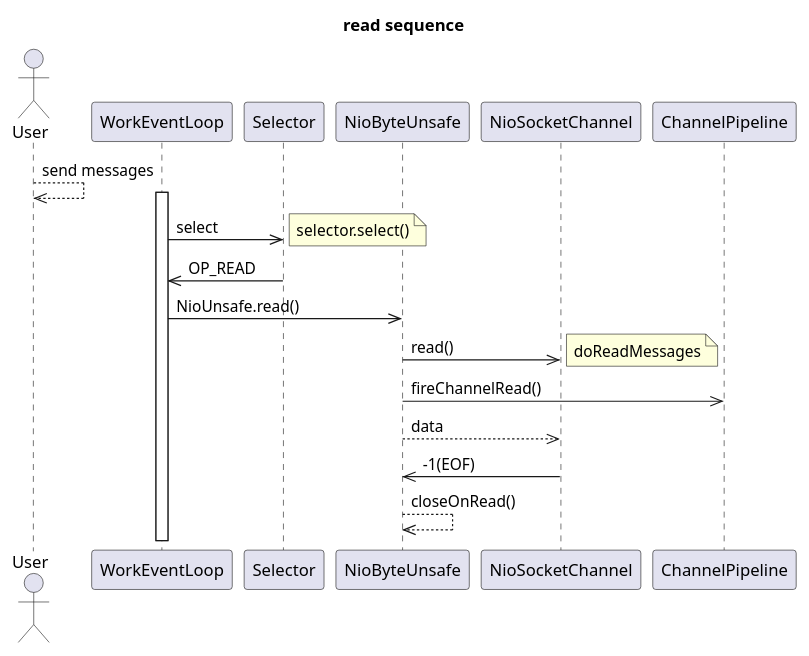
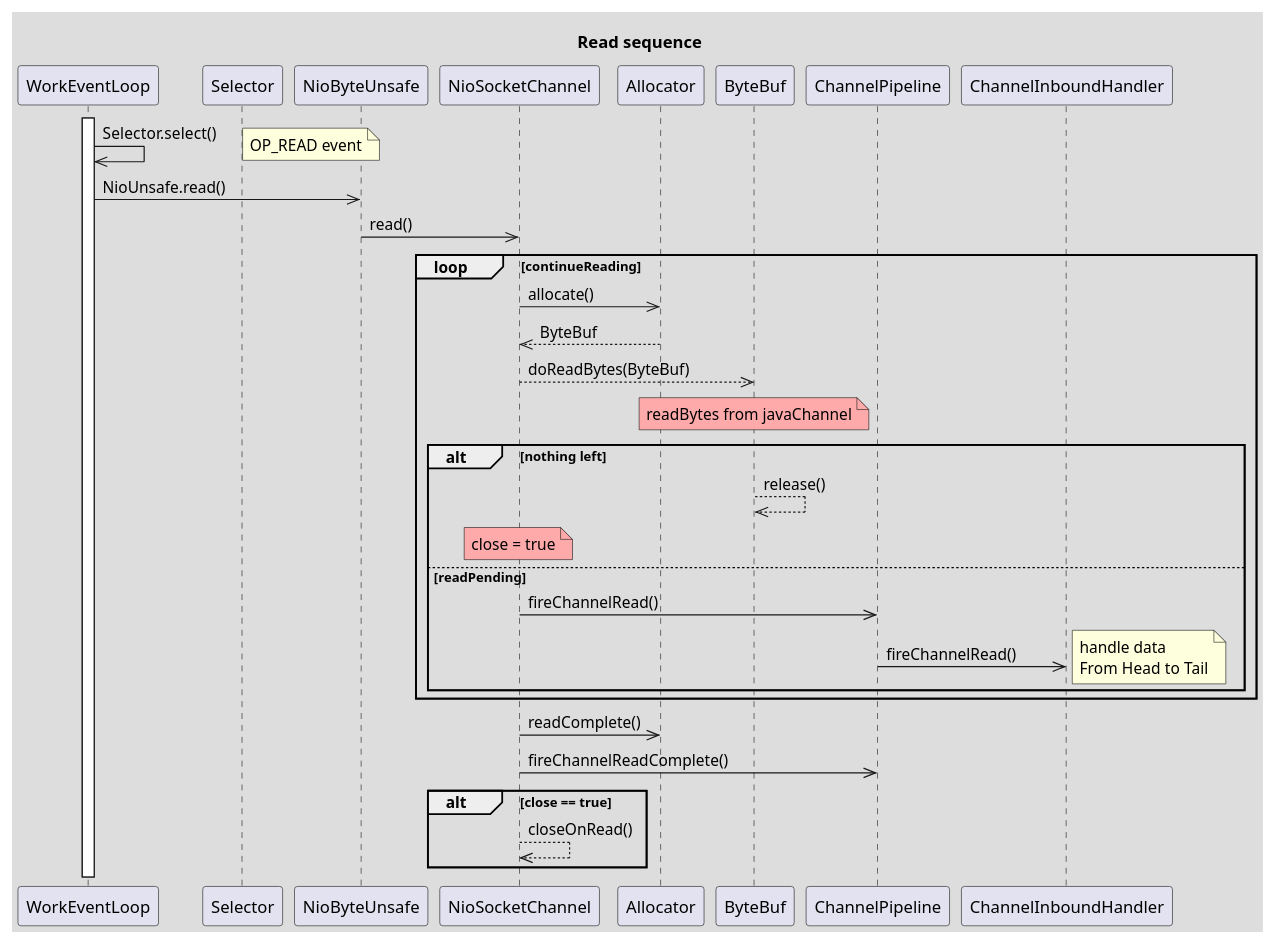
One commit to Robinpig/Note changed the third of 5 diagrams in docs/CS/Java/Netty/Netty.md. Above: the diagram before and after it, drawn with PlantUML. The commit also changed other lines of this file, not shown here.

Commit message:
sequence

````diff
--- a/docs/CS/Java/Netty/Netty.md
+++ b/docs/CS/Java/Netty/Netty.md
@@ -134,22 +136,45 @@
 ```plantuml
-title: read sequence
-actor User
-User -->> User: send messages
+skinparam backgroundColor #DDDDDD
+
+title: Read sequence
 participant WorkEventLoop as we
 participant Selector as se
 activate we
-we ->> se: select
-note right: selector.select()
-se ->> we: OP_READ
+we ->> we: Selector.select()
+note right: OP_READ event
 participant NioByteUnsafe as ue
 we ->> ue: NioUnsafe.read()
 participant NioSocketChannel as so
+participant Allocator as ac
+participant ByteBuf as bb
 participant ChannelPipeline as pipe
+participant ChannelInboundHandler as ch
 ue ->> so: read()
-note right: doReadMessages
-ue ->> pipe: fireChannelRead()
-ue -->> so: data
-so ->> ue: -1(EOF)
-ue -->> ue: closeOnRead()
+loop continueReading
+so ->> ac: allocate()
+ac -->> so: ByteBuf 
+so -->> bb: doReadBytes(ByteBuf) 
+note over bb #FFAAAA
+readBytes from javaChannel
+end note
+alt nothing left
+bb -->> bb: release()
+note over so #FFAAAA
+    close = true
+end note
+else readPending
+so ->> pipe: fireChannelRead()
+pipe ->> ch: fireChannelRead()
+note right
+    handle data
+    From Head to Tail
+end note
+end
+end
+so ->> ac: readComplete()
+so ->> pipe: fireChannelReadComplete()
+alt close == true
+so -->> so: closeOnRead()
+end
 
 ```
````
